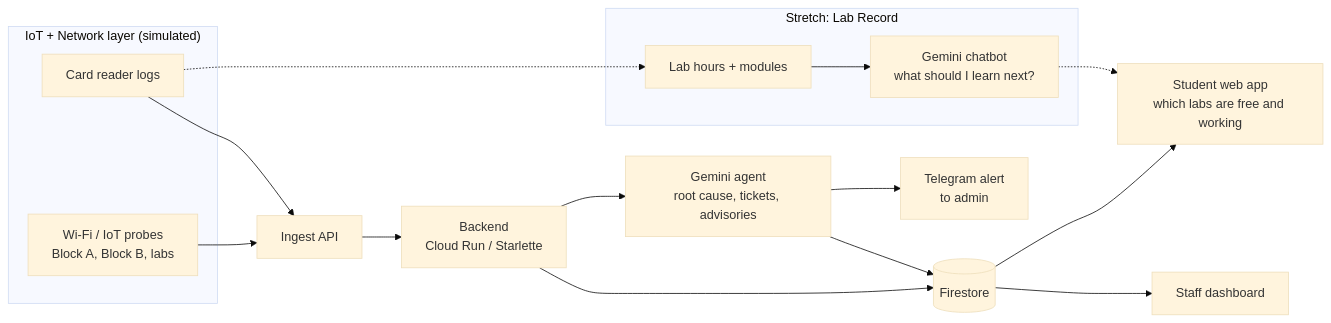
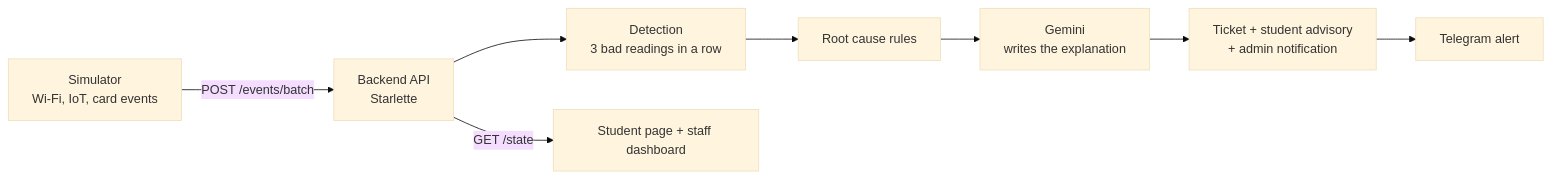
The diagram in README.md (koguuu/apu-cloud-innovation-hackathon-2026-zer0-track-cloud), drawn with Mermaid (base theme) before and after one commit. The commit also changed other lines of this file and 10 other files, not shown here.

````diff
--- a/README.md
+++ b/README.md
@@ -41,21 +20,10 @@
 ```mermaid
 flowchart LR
-  subgraph SIM["IoT + Network layer (simulated)"]
-    P[Wi-Fi / IoT probes<br/>Block A, Block B, labs]
-    C[Card reader logs]
-  end
-  P --> I[Ingest API]
-  C --> I
-  I --> B[Backend<br/>Cloud Run / Starlette]
-  B --> DB[(Firestore)]
-  B --> G[Gemini agent<br/>root cause, tickets, advisories]
-  G --> DB
-  G --> TG[Telegram alert<br/>to admin]
-  DB --> S[Student web app<br/>which labs are free and working]
-  DB --> T[Staff dashboard]
-  subgraph STRETCH["Stretch: Lab Record"]
-    L[Lab hours + modules] --> CB[Gemini chatbot<br/>what should I learn next?]
-  end
-  C -.-> L
-  CB -.-> S
+  SIM[Simulator<br/>Wi-Fi, IoT, card events] -->|POST /events/batch| API[Backend API<br/>Starlette]
+  API --> D[Detection<br/>3 bad readings in a row]
+  D --> RC[Root cause rules]
+  RC --> G[Gemini<br/>writes the explanation]
+  G --> T[Ticket + student advisory<br/>+ admin notification]
+  T --> TG[Telegram alert]
+  API -->|GET /state| UI[Student page + staff dashboard]
 ```
````
